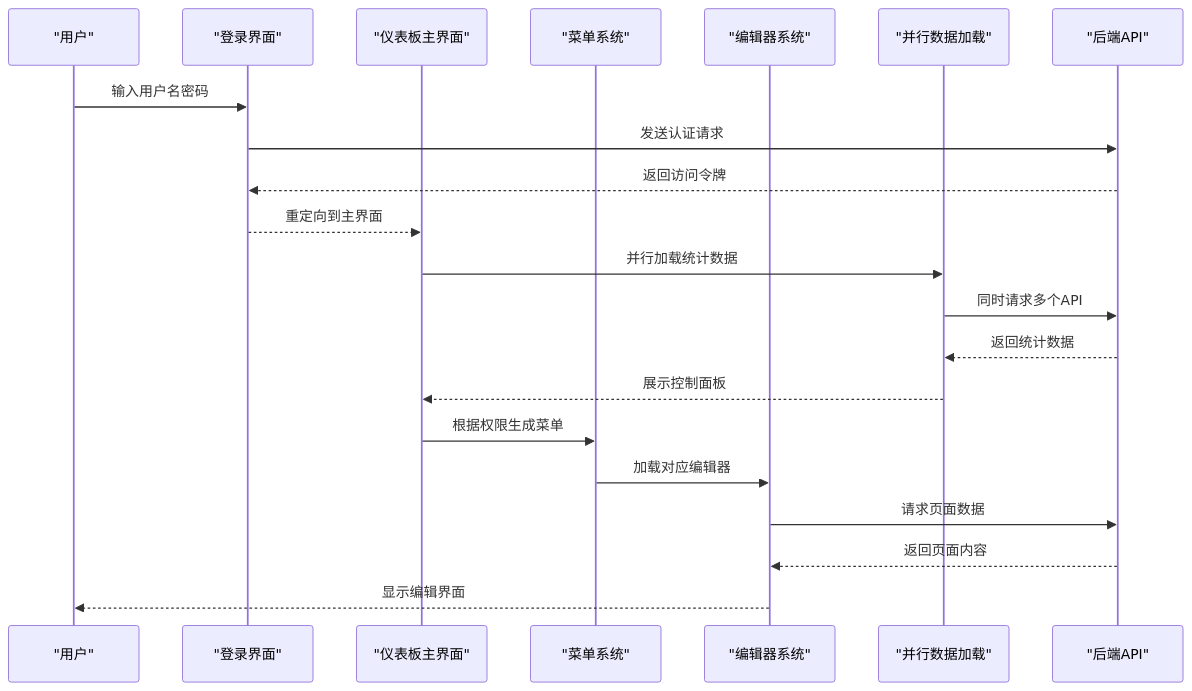
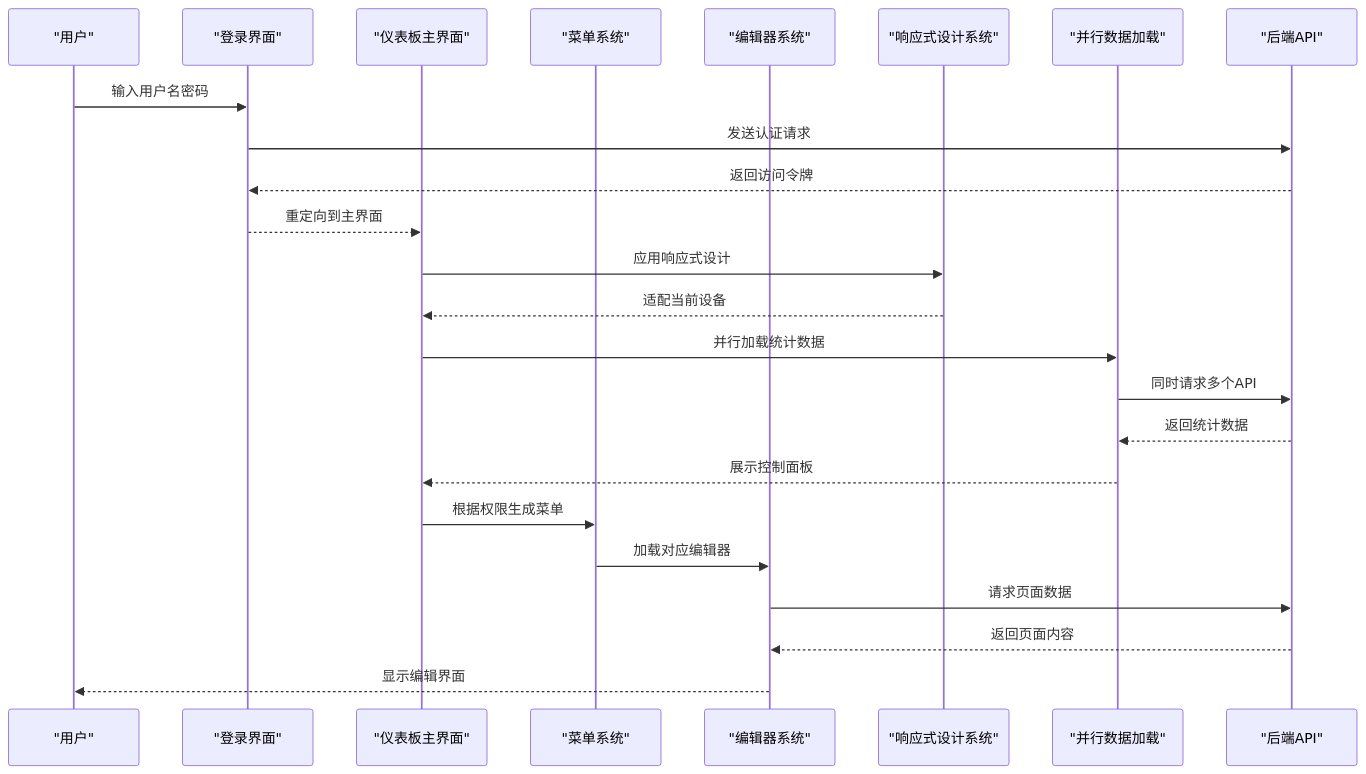
Before and after one commit to hx631580609-web/zsts-cms: the second of 9 diagrams in .qoder/repowiki/zh/content/管理后台系统/界面架构设计.md, drawn with Mermaid. The commit also changed other lines of this file and 5 other files, not shown here.

````diff
--- a/.qoder/repowiki/zh/content/管理后台系统/界面架构设计.md
+++ b/.qoder/repowiki/zh/content/管理后台系统/界面架构设计.md
@@ -144,23 +178,26 @@
 ```mermaid
 sequenceDiagram
 participant U as "用户"
 participant L as "登录界面"
 participant D as "仪表板主界面"
 participant M as "菜单系统"
 participant E as "编辑器系统"
+participant R as "响应式设计系统"
 participant P as "并行数据加载"
 participant A as "后端API"
 U->>L : 输入用户名密码
 L->>A : 发送认证请求
 A-->>L : 返回访问令牌
 L-->>D : 重定向到主界面
+D->>R : 应用响应式设计
+R-->>D : 适配当前设备
 D->>P : 并行加载统计数据
 P->>A : 同时请求多个API
 A-->>P : 返回统计数据
 P-->>D : 展示控制面板
 D->>M : 根据权限生成菜单
 M->>E : 加载对应编辑器
 E->>A : 请求页面数据
 A-->>E : 返回页面内容
 E-->>U : 显示编辑界面
 ```
````
